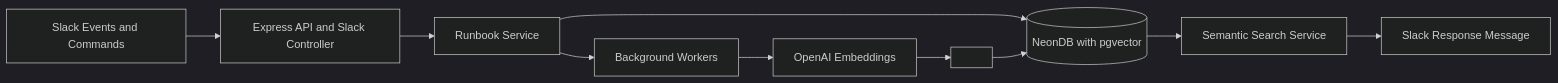
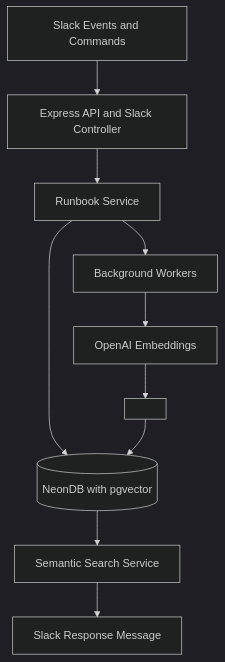
The second of 2 diagrams in README.md (merickarpat/meric.karpat), drawn with Mermaid (dark theme) before and after one commit. The commit also changed other lines of this file, not shown here.

````diff
--- a/README.md
+++ b/README.md
@@ -52,12 +52,12 @@
 ```mermaid
-flowchart LR
+flowchart TB
   A[Slack Events and Commands] --> B[Express API and Slack Controller]
   B --> C[Runbook Service]
   C --> D[(NeonDB with pgvector)]
   C --> G[Background Workers]
   G --> H[OpenAI Embeddings]
   H --> X[ ]
   X --> D
   D --> E[Semantic Search Service]
   E --> F[Slack Response Message]
 ```
````
